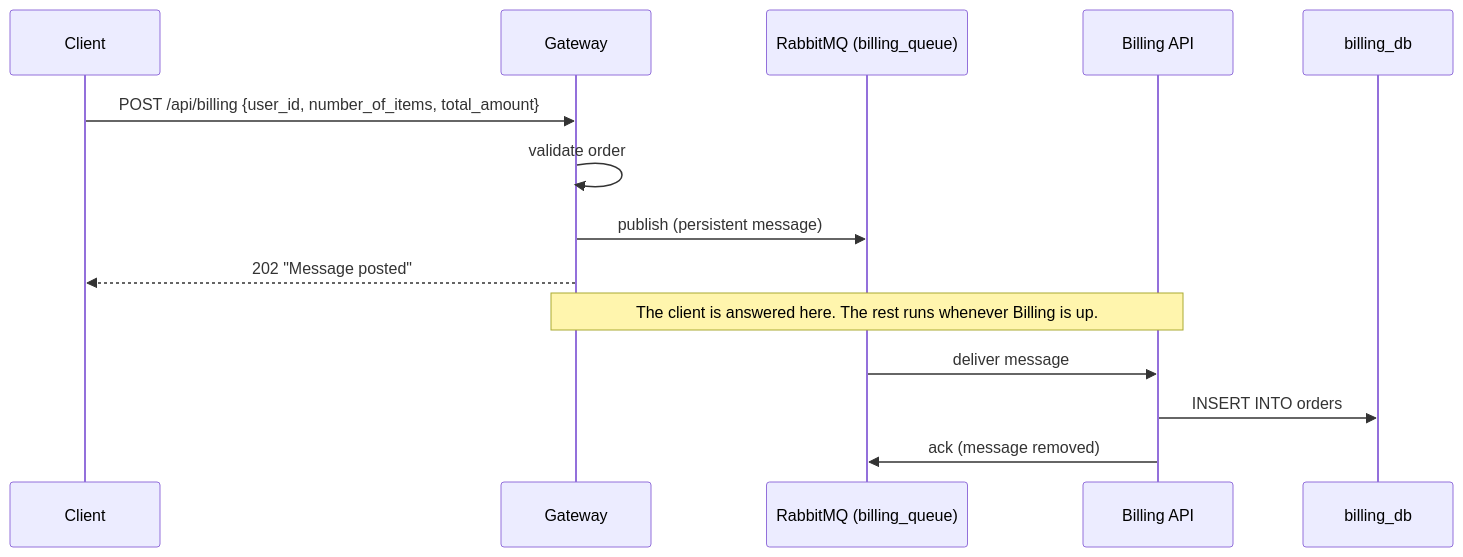
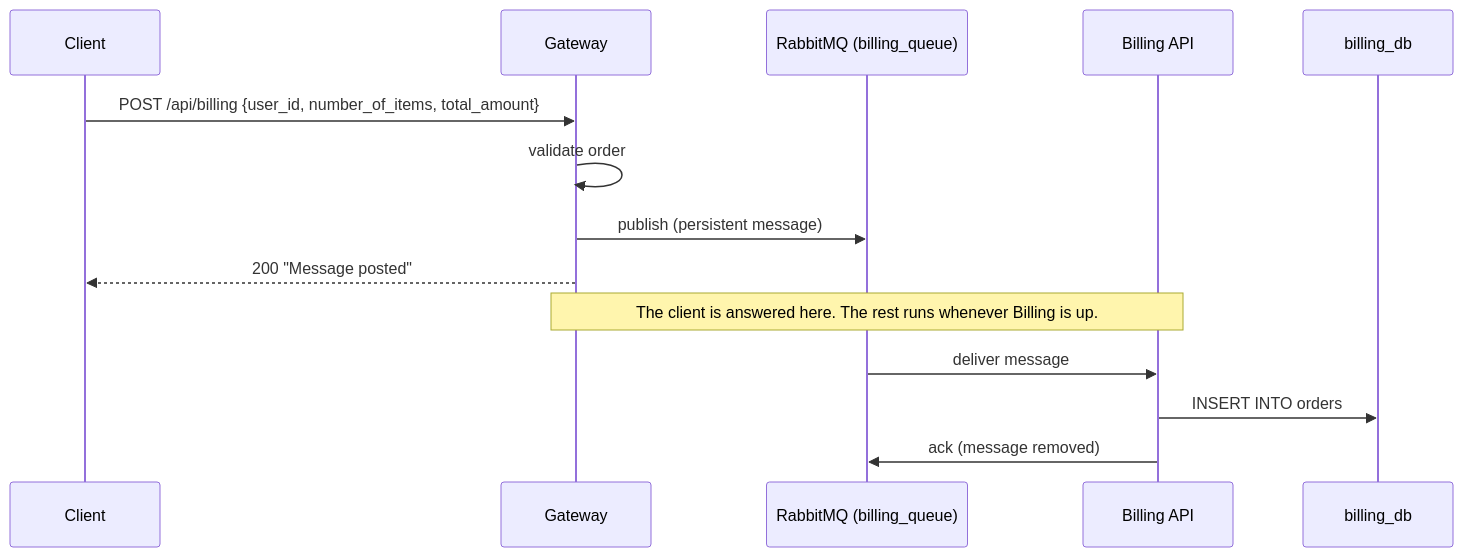
One commit to Alasmawi/crud-master changed the third of 3 diagrams in docs/architecture.md. Above: the diagram before and after it, drawn with Mermaid. The commit also changed other lines of this file and 18 other files, not shown here.

````diff
--- a/docs/architecture.md
+++ b/docs/architecture.md
@@ -103,16 +103,16 @@
 ```mermaid
 sequenceDiagram
     participant C as Client
     participant G as Gateway
     participant Q as RabbitMQ (billing_queue)
     participant B as Billing API
     participant DB as billing_db
     C->>G: POST /api/billing {user_id, number_of_items, total_amount}
     G->>G: validate order
     G->>Q: publish (persistent message)
-    G-->>C: 202 "Message posted"
+    G-->>C: 200 "Message posted"
     Note over G,B: The client is answered here. The rest runs whenever Billing is up.
     Q->>B: deliver message
     B->>DB: INSERT INTO orders
     B->>Q: ack (message removed)
 ```
````
